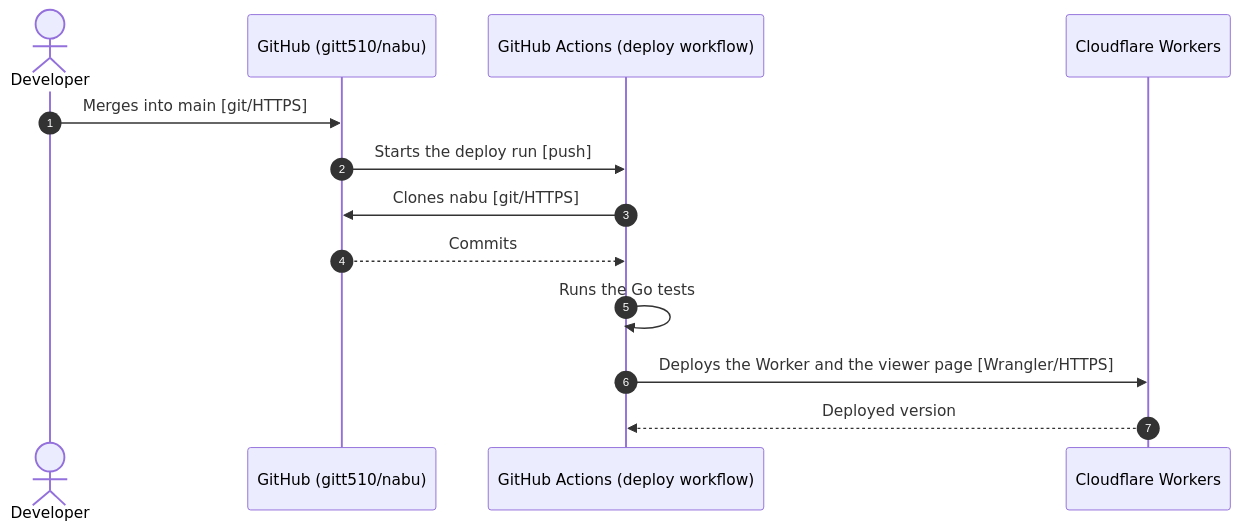
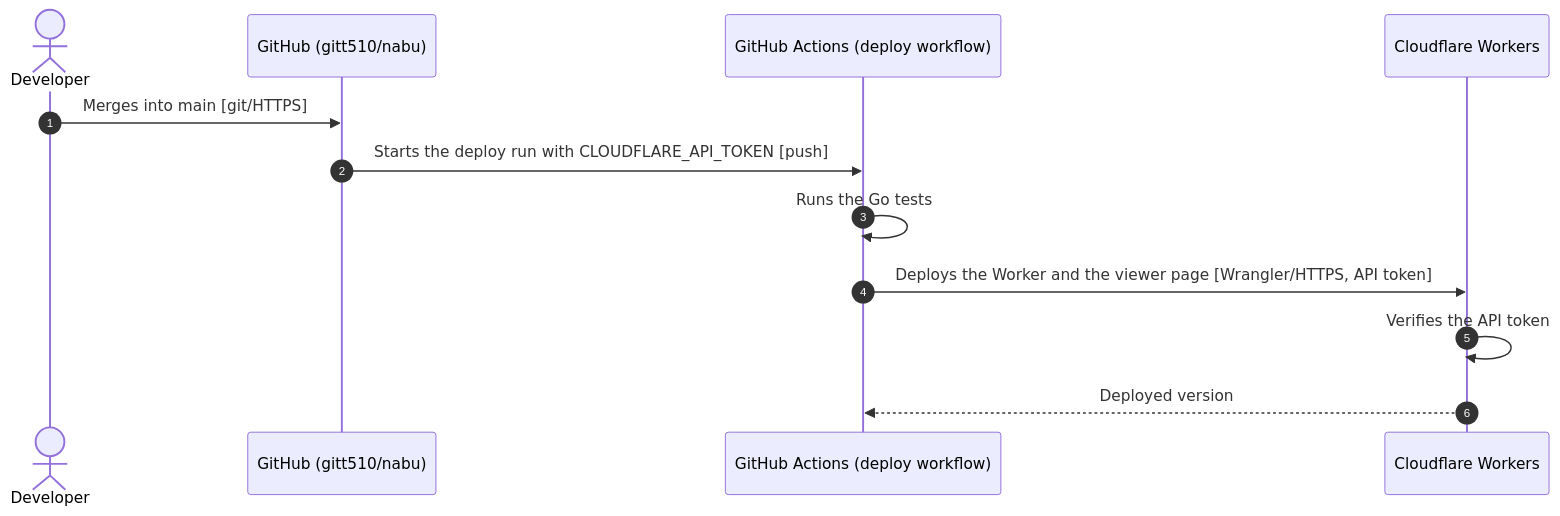
Before and after one commit to gitt510/nabu: the fourth of 4 diagrams in docs/architecture.md, drawn with Mermaid. The commit also changed other lines of this file, not shown here.

Commit message:
docs: drop the clone steps and show the token each run carries

````diff
--- a/docs/architecture.md
+++ b/docs/architecture.md
@@ -77,16 +76,15 @@
 ```mermaid
 sequenceDiagram
   autonumber
   actor Developer
   participant GitHub as GitHub (gitt510/nabu)
   participant Actions as GitHub Actions (deploy workflow)
   participant Cloudflare as Cloudflare Workers
 
   Developer->>GitHub: Merges into main [git/HTTPS]
-  GitHub->>Actions: Starts the deploy run [push]
-  Actions->>GitHub: Clones nabu [git/HTTPS]
-  GitHub-->>Actions: Commits
+  GitHub->>Actions: Starts the deploy run with CLOUDFLARE_API_TOKEN [push]
   Actions->>Actions: Runs the Go tests
-  Actions->>Cloudflare: Deploys the Worker and the viewer page [Wrangler/HTTPS]
+  Actions->>Cloudflare: Deploys the Worker and the viewer page [Wrangler/HTTPS, API token]
+  Cloudflare->>Cloudflare: Verifies the API token
   Cloudflare-->>Actions: Deployed version
 ```
````
